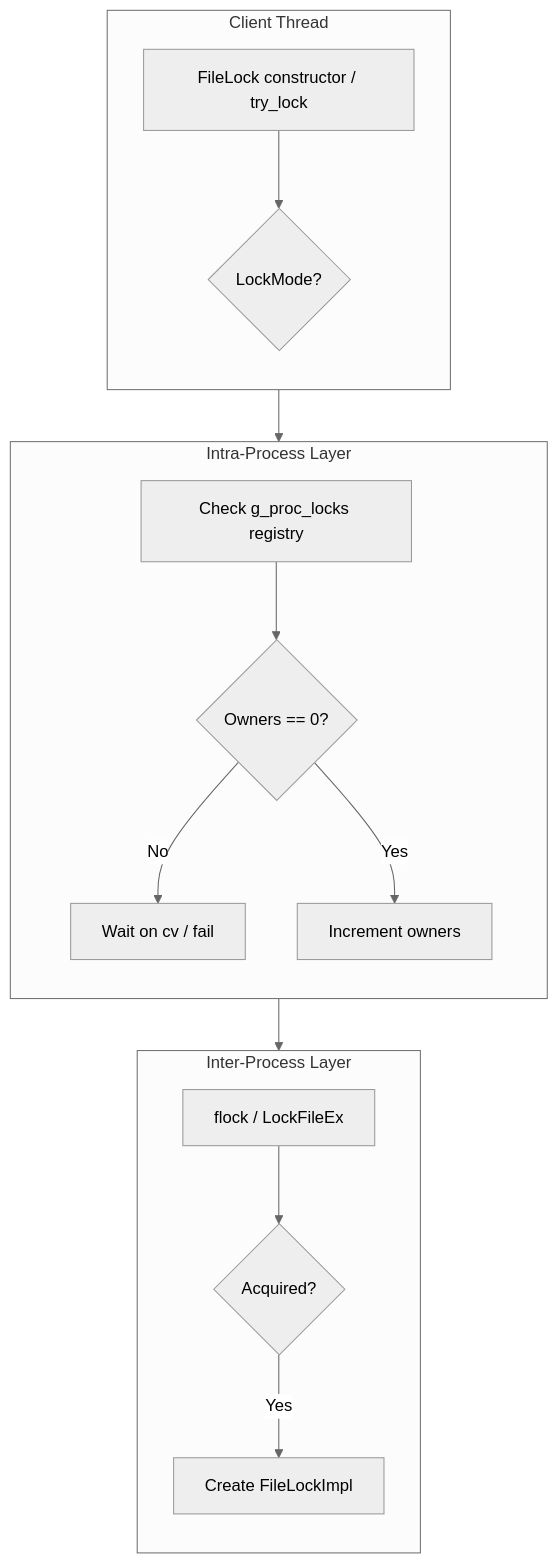
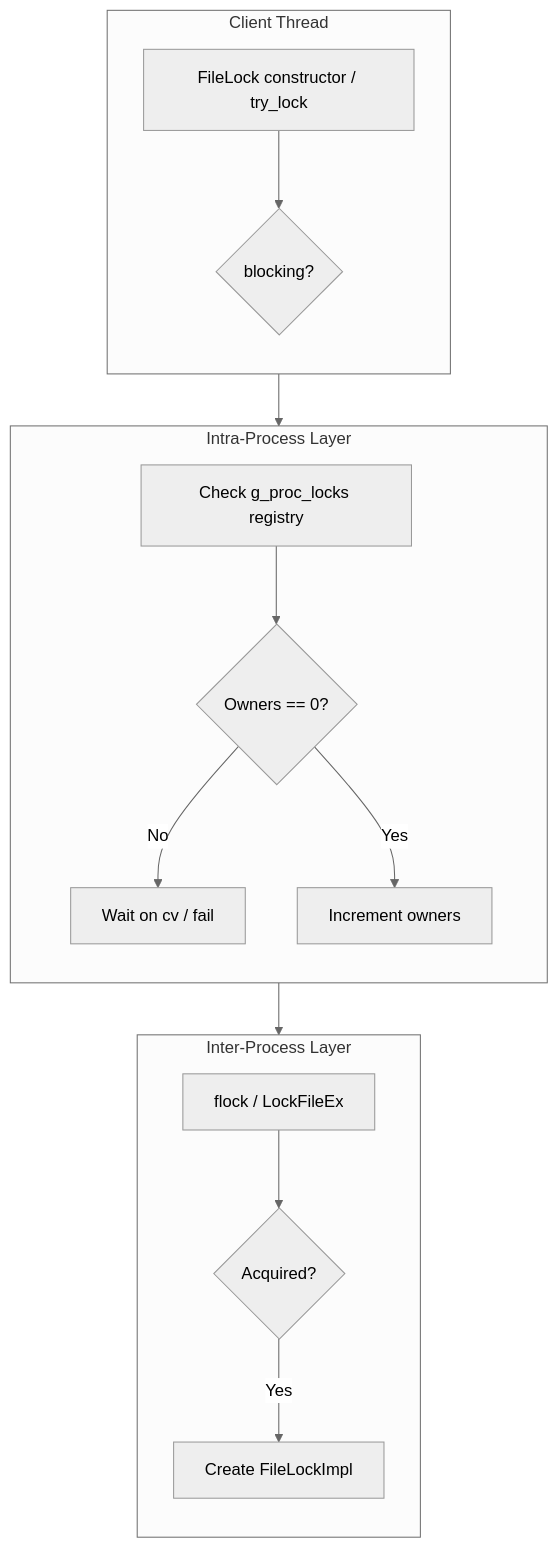
Before and after one commit to Qing-LAB/pylabhub: the first of 5 diagrams in docs/HEP/HEP-CORE-0003-cross-platform-filelock.md, drawn with Mermaid (neutral theme). The commit also changed other lines of this file and 90 other files, not shown here.

````diff
--- a/docs/HEP/HEP-CORE-0003-cross-platform-filelock.md
+++ b/docs/HEP/HEP-CORE-0003-cross-platform-filelock.md
@@ -81,32 +81,32 @@
 ```mermaid
 flowchart TB
     subgraph Client["Client Thread"]
         direction TB
         A[FileLock constructor / try_lock]
-        B{LockMode?}
+        B{blocking?}
     end
 
     subgraph Intra["Intra-Process Layer"]
         direction TB
         C[Check g_proc_locks registry]
         D{Owners == 0?}
         E[Wait on cv / fail]
         F[Increment owners]
     end
 
     subgraph Inter["Inter-Process Layer"]
         direction TB
         G[flock / LockFileEx]
         H{Acquired?}
         I[Create FileLockImpl]
     end
 
     A --> B
     B --> C
     C --> D
     D -->|No| E
     D -->|Yes| F
     F --> G
     G --> H
     H -->|Yes| I
 ```
````
